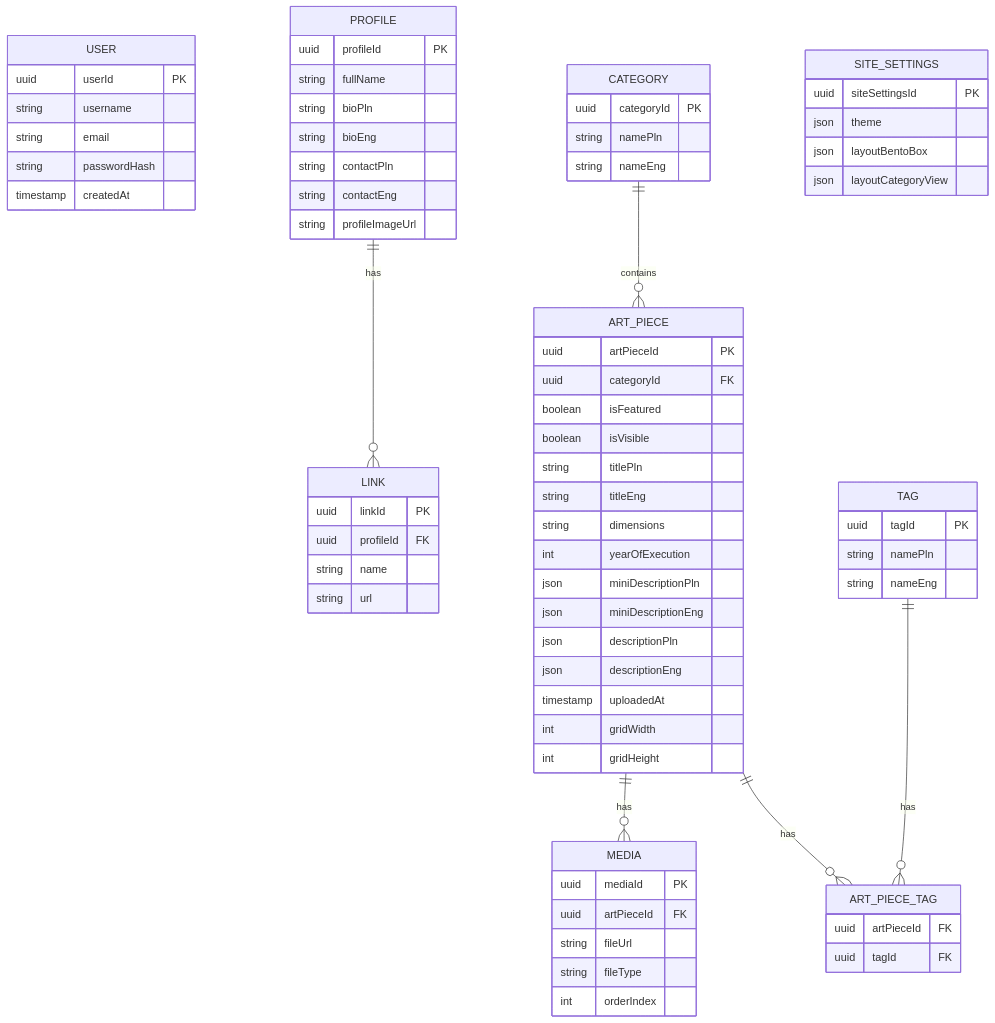
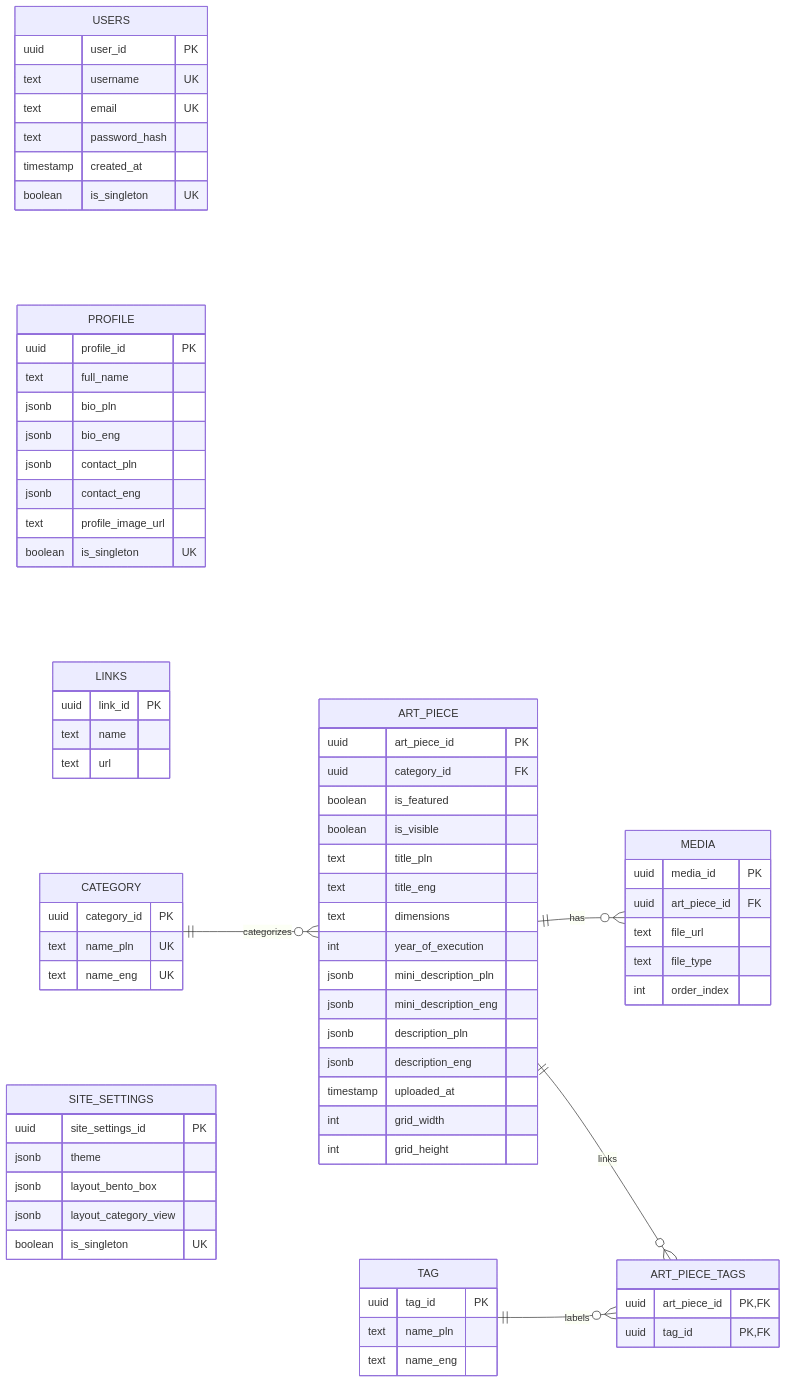
One commit to artsea-project/notes changed the diagram in general/md/database_proejct_single_user.md. Above: the diagram before and after it, drawn with Mermaid.

Commit message:
docs(database): update ER diagram for single user schema with corrected field names and types

````diff
--- a/general/md/database_proejct_single_user.md
+++ b/general/md/database_proejct_single_user.md
@@ -1,83 +1,91 @@
 ```mermaid
+---
+references:
+  - "File: /db/schema.ts"
+generationTime: 2026-08-10T19:11:13.147Z
+---
 erDiagram
-    USER {
-        uuid userId PK
-        string username
-        string email
-        string passwordHash
-        timestamp createdAt
+    direction LR
+
+    USERS {
+        uuid user_id PK
+        text username UK
+        text email UK
+        text password_hash
+        timestamp created_at
+        boolean is_singleton UK
     }
 
     PROFILE {
-        uuid profileId PK
-        string fullName
-        string bioPln
-        string bioEng
-        string contactPln
-        string contactEng
-        string profileImageUrl
+        uuid profile_id PK
+        text full_name
+        jsonb bio_pln
+        jsonb bio_eng
+        jsonb contact_pln
+        jsonb contact_eng
+        text profile_image_url
+        boolean is_singleton UK
     }
 
-    LINK {
-        uuid linkId PK
-        uuid profileId FK
-        string name
-        string url
+    LINKS {
+        uuid link_id PK
+        text name
+        text url
     }
 
     CATEGORY {
-        uuid categoryId PK
-        string namePln
-        string nameEng
+        uuid category_id PK
+        text name_pln UK
+        text name_eng UK
     }
 
     TAG {
-        uuid tagId PK
-        string namePln
-        string nameEng
+        uuid tag_id PK
+        text name_pln
+        text name_eng
     }
 
     ART_PIECE {
-        uuid artPieceId PK
-        uuid categoryId FK
-        boolean isFeatured
-        boolean isVisible
-        string titlePln
-        string titleEng
-        string dimensions
-        int yearOfExecution
-        json miniDescriptionPln
-        json miniDescriptionEng
-        json descriptionPln
-        json descriptionEng
-        timestamp uploadedAt
-        int gridWidth
-        int gridHeight
+        uuid art_piece_id PK
+        uuid category_id FK
+        boolean is_featured
+        boolean is_visible
+        text title_pln
+        text title_eng
+        text dimensions
+        int year_of_execution
+        jsonb mini_description_pln
+        jsonb mini_description_eng
+        jsonb description_pln
+        jsonb description_eng
+        timestamp uploaded_at
+        int grid_width
+        int grid_height
     }
 
     MEDIA {
-        uuid mediaId PK
-        uuid artPieceId FK
-        string fileUrl
-        string fileType
-        int orderIndex
+        uuid media_id PK
+        uuid art_piece_id FK
+        text file_url
+        text file_type
+        int order_index
     }
 
-    ART_PIECE_TAG {
-        uuid artPieceId FK
-        uuid tagId FK
+    ART_PIECE_TAGS {
+        uuid art_piece_id PK, FK
+        uuid tag_id PK, FK
     }
 
     SITE_SETTINGS {
-        uuid siteSettingsId PK
-        json theme
-        json layoutBentoBox
-        json layoutCategoryView
+        uuid site_settings_id PK
+        jsonb theme
+        jsonb layout_bento_box
+        jsonb layout_category_view
+        boolean is_singleton UK
     }
 
-    PROFILE ||--o{ LINK : has
-    CATEGORY ||--o{ ART_PIECE : contains
+    CATEGORY ||--o{ ART_PIECE : categorizes
     ART_PIECE ||--o{ MEDIA : has
-    ART_PIECE ||--o{ ART_PIECE_TAG : has
-    TAG ||--o{ ART_PIECE_TAG : has
+    ART_PIECE ||--o{ ART_PIECE_TAGS : links
+    TAG ||--o{ ART_PIECE_TAGS : labels
 ```
````
